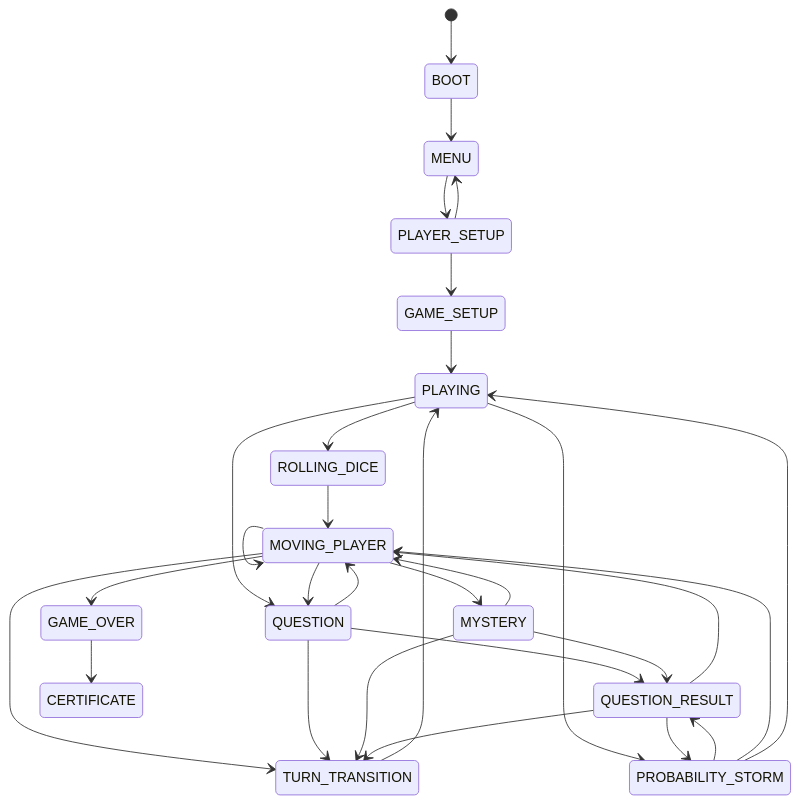
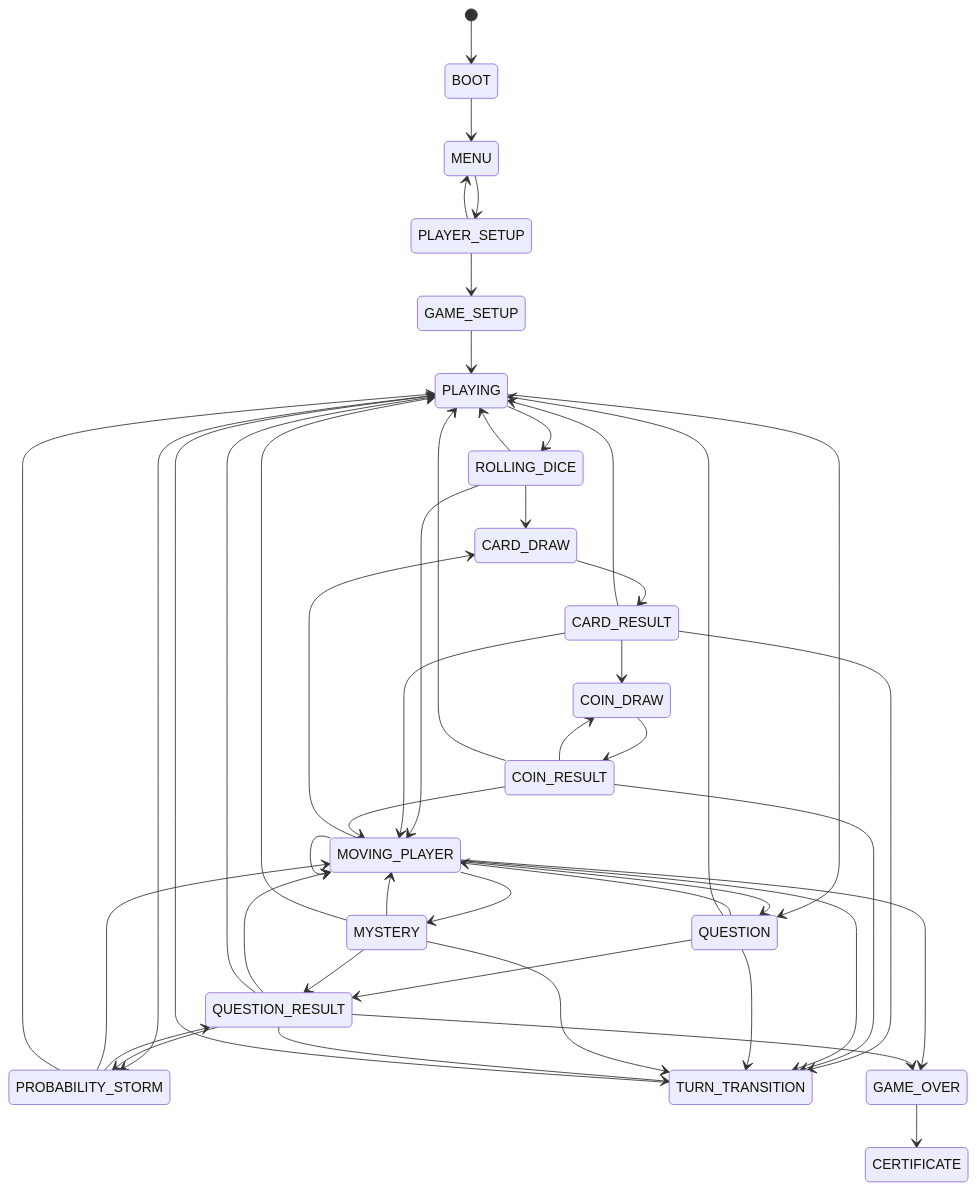
The second of 7 diagrams in flow-and-requirement.md (icanxPrograming/Snake-And-Ladders-FSM-State), drawn with Mermaid before and after one commit. The commit also changed other lines of this file and 5 other files, not shown here.

````diff
--- a/flow-and-requirement.md
+++ b/flow-and-requirement.md
@@ -182,32 +59,49 @@
 ```mermaid
 stateDiagram-v2
   [*] --> BOOT
   BOOT --> MENU
   MENU --> PLAYER_SETUP
   PLAYER_SETUP --> MENU
   PLAYER_SETUP --> GAME_SETUP
   GAME_SETUP --> PLAYING
   PLAYING --> ROLLING_DICE
   PLAYING --> QUESTION
   PLAYING --> PROBABILITY_STORM
+  ROLLING_DICE --> CARD_DRAW
   ROLLING_DICE --> MOVING_PLAYER
+  ROLLING_DICE --> PLAYING
+  CARD_DRAW --> CARD_RESULT
+  CARD_RESULT --> COIN_DRAW
+  CARD_RESULT --> MOVING_PLAYER
+  CARD_RESULT --> PLAYING
+  CARD_RESULT --> TURN_TRANSITION
+  COIN_DRAW --> COIN_RESULT
+  COIN_RESULT --> COIN_DRAW
+  COIN_RESULT --> MOVING_PLAYER
+  COIN_RESULT --> TURN_TRANSITION
+  COIN_RESULT --> PLAYING
   MOVING_PLAYER --> MOVING_PLAYER
+  MOVING_PLAYER --> CARD_DRAW
   MOVING_PLAYER --> QUESTION
   MOVING_PLAYER --> MYSTERY
   MOVING_PLAYER --> TURN_TRANSITION
   MOVING_PLAYER --> GAME_OVER
   QUESTION --> QUESTION_RESULT
   QUESTION --> MOVING_PLAYER
   QUESTION --> TURN_TRANSITION
+  QUESTION --> PLAYING
   MYSTERY --> QUESTION_RESULT
   MYSTERY --> MOVING_PLAYER
   MYSTERY --> TURN_TRANSITION
+  MYSTERY --> PLAYING
   QUESTION_RESULT --> MOVING_PLAYER
   QUESTION_RESULT --> TURN_TRANSITION
   QUESTION_RESULT --> PROBABILITY_STORM
+  QUESTION_RESULT --> PLAYING
+  QUESTION_RESULT --> GAME_OVER
   PROBABILITY_STORM --> QUESTION_RESULT
   PROBABILITY_STORM --> MOVING_PLAYER
   PROBABILITY_STORM --> PLAYING
   TURN_TRANSITION --> PLAYING
   GAME_OVER --> CERTIFICATE
 ```
````
